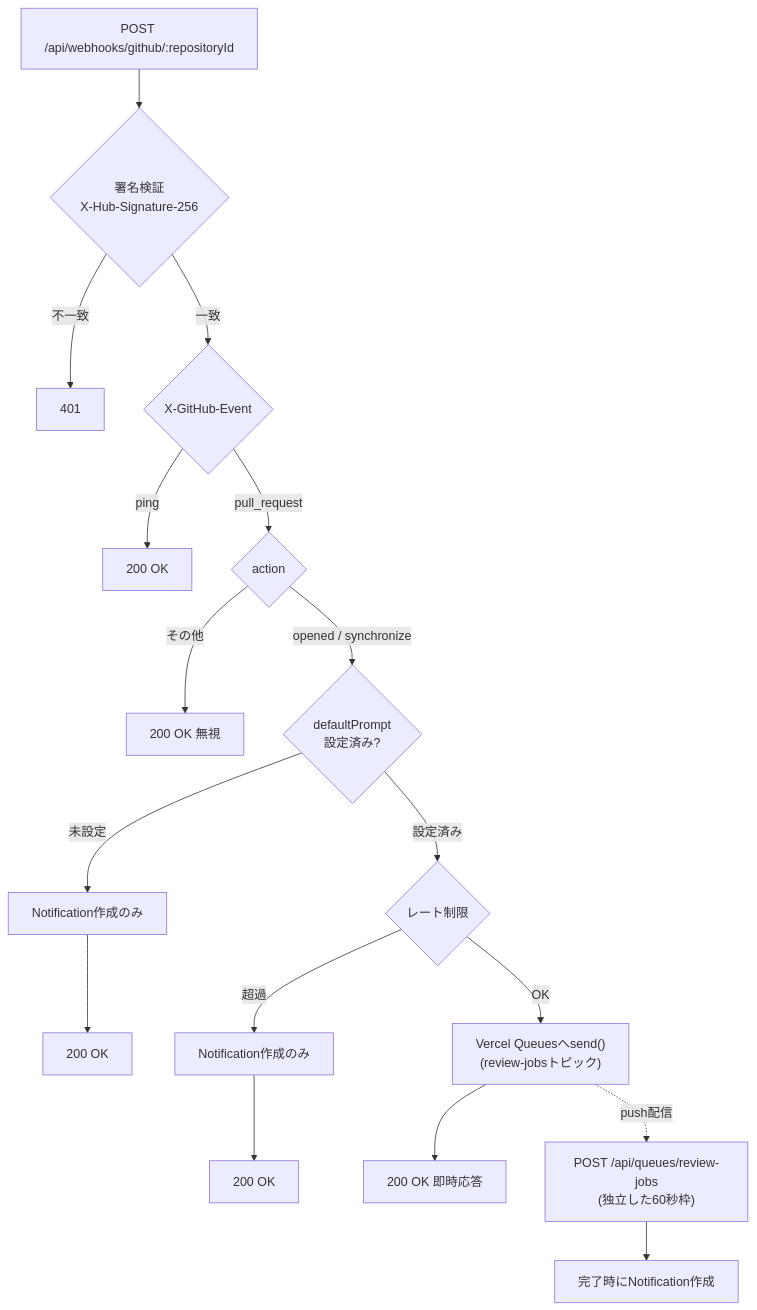
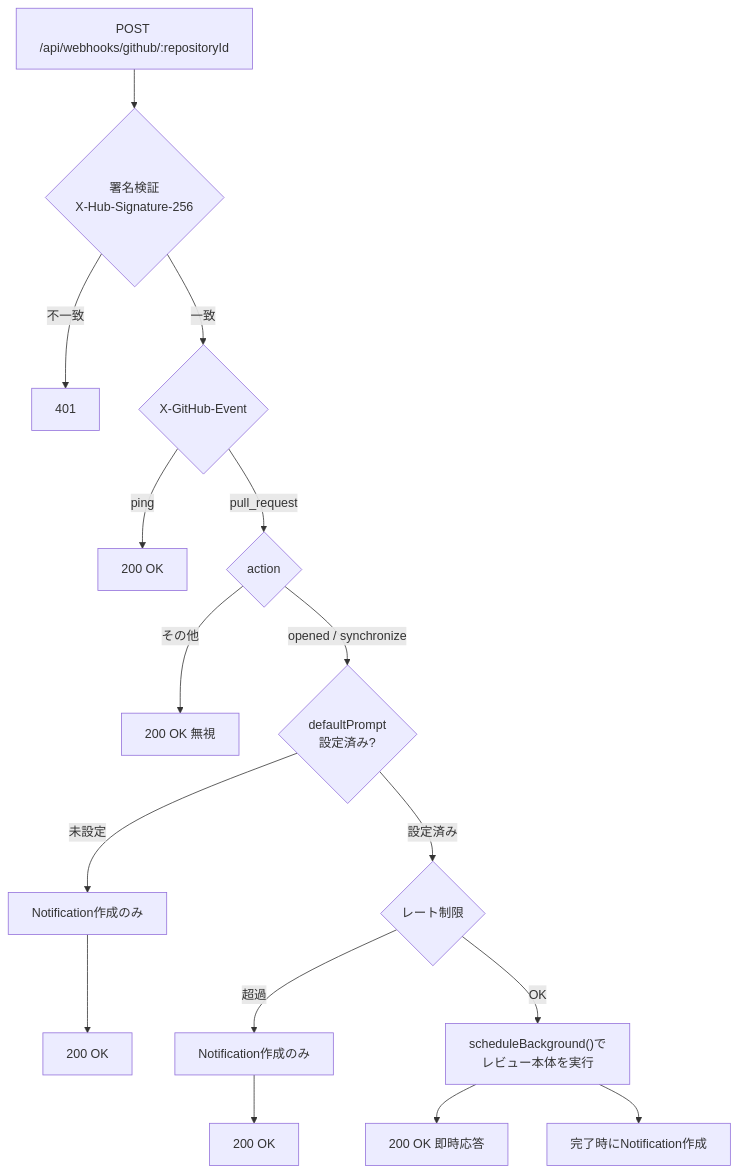
Before and after one commit to takubo29new/ai-forge: the third of 3 diagrams in docs/phases/phase2-design.md, drawn with Mermaid. The commit also changed other lines of this file, not shown here.

First line of the commit message:
docs: Vercel Queues移行のロールバックを設計書に反映

````diff
--- a/docs/phases/phase2-design.md
+++ b/docs/phases/phase2-design.md
@@ -179,15 +179,15 @@
 ```mermaid
 flowchart TD
     Recv["POST /api/webhooks/github/:repositoryId"] --> Sig{署名検証<br/>X-Hub-Signature-256}
     Sig -- 不一致 --> R401[401]
     Sig -- 一致 --> Event{X-GitHub-Event}
     Event -- ping --> R200a[200 OK]
     Event -- pull_request --> Action{action}
     Action -- その他 --> R200b[200 OK 無視]
     Action -- "opened / synchronize" --> Prompt{defaultPrompt<br/>設定済み?}
     Prompt -- 未設定 --> Notify1[Notification作成のみ] --> R200c[200 OK]
     Prompt -- 設定済み --> RateLimit{レート制限}
     RateLimit -- 超過 --> Notify2[Notification作成のみ] --> R200d[200 OK]
-    RateLimit -- OK --> Send["Vercel Queuesへsend()<br/>(review-jobsトピック)"] --> R200e[200 OK 即時応答]
-    Send -.push配信.-> Consumer["POST /api/queues/review-jobs<br/>(独立した60秒枠)"] --> Done[完了時にNotification作成]
+    RateLimit -- OK --> BG["scheduleBackground()で<br/>レビュー本体を実行"] --> R200e[200 OK 即時応答]
+    BG --> Done[完了時にNotification作成]
 ```
````
